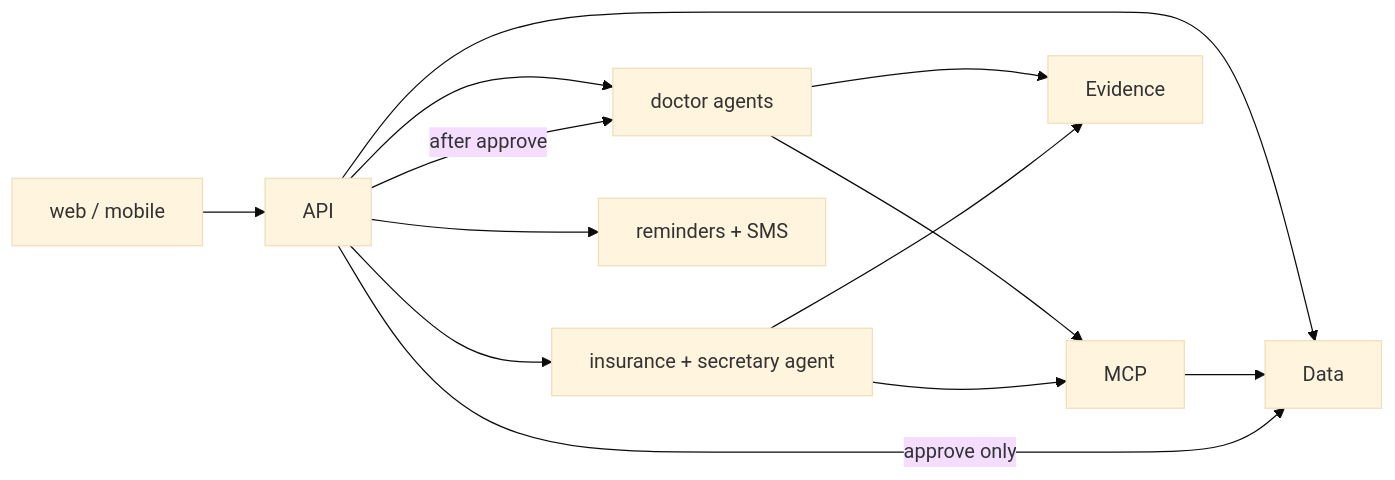
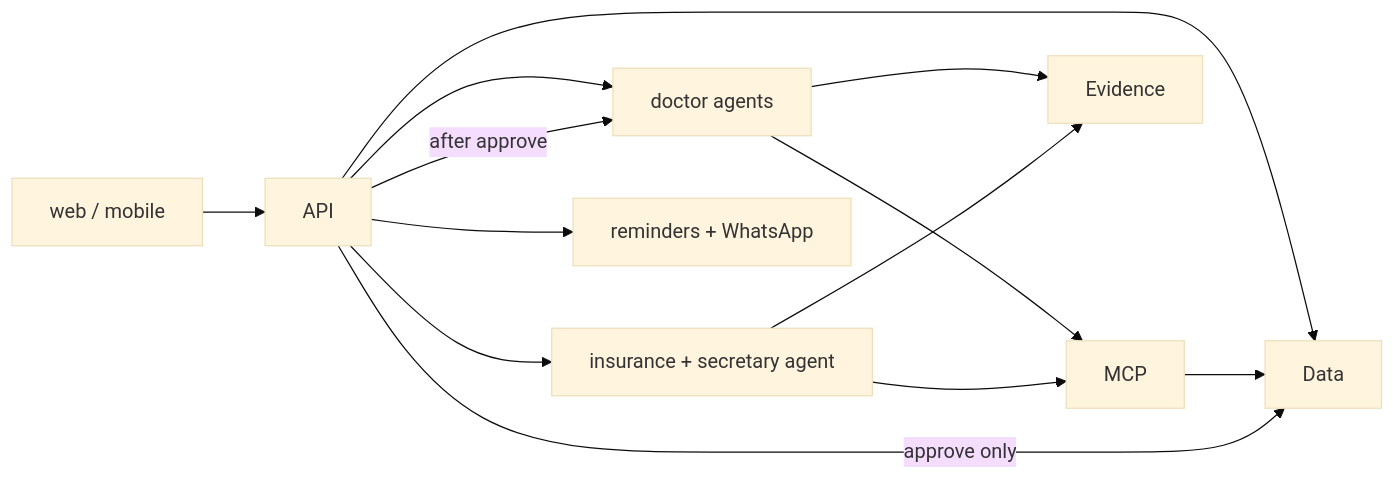
The diagram in builder-contracts.md (BorowskiKacper/meridian-health), drawn with Mermaid (base theme) before and after one commit. The commit also changed other lines of this file and 9 other files, not shown here.

First line of the commit message:
Add the evidence corpus builder, store lab photos locally, and send reminders over WhatsApp only.

````diff
--- a/builder-contracts.md
+++ b/builder-contracts.md
@@ -51,15 +51,15 @@
 ```mermaid
 flowchart LR
   Web["web / mobile"] --> API
   API --> Doctor["doctor agents"]
   API --> Ins["insurance + secretary agent"]
-  API --> Rem["reminders + SMS"]
+  API --> Rem["reminders + WhatsApp"]
   API --> Data
   Doctor --> MCP
   Ins --> MCP
   MCP --> Data
   Doctor --> Evidence
   Ins --> Evidence
   API -->|"approve only"| Data
   API -->|"after approve"| Doctor
 ```
````
